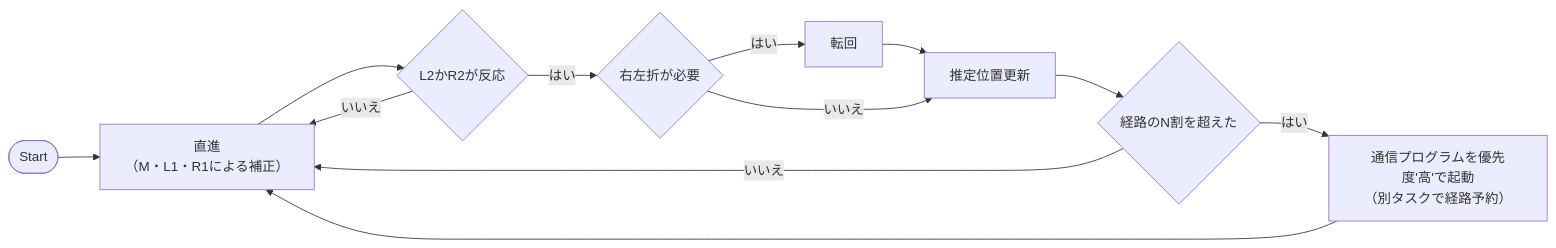
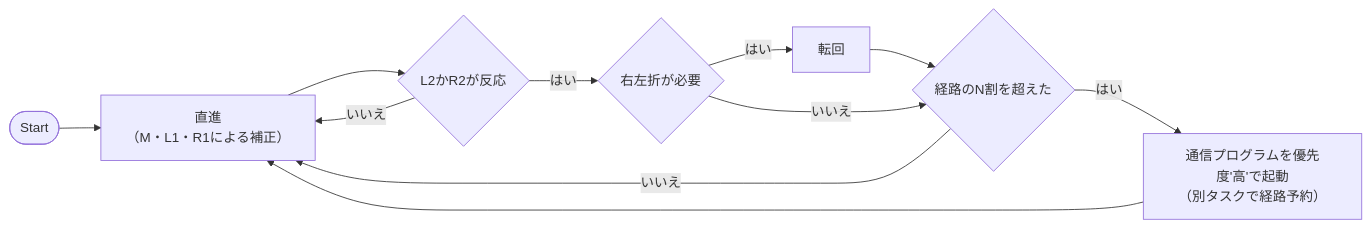
The first of 3 diagrams in docs/document.md (fai227/tron-project), drawn with Mermaid before and after one commit.

Commit message:
フローチャート変更

````diff
--- a/docs/document.md
+++ b/docs/document.md
@@ -17,14 +17,13 @@
 ```mermaid
 flowchart LR
     A([Start]) --> B[直進<br>（M・L1・R1による補正）]
     B --> C{L2かR2が反応}
     C -->|はい| D{右左折が必要}
     C -->|いいえ| B
     D -->|はい| E[転回]
-    E --> F
-    D -->|いいえ| F[推定位置更新]
-    F --> G{経路のN割を超えた}
+    E --> G{経路のN割を超えた}
+    D -->|いいえ| G
     G -->|はい| H[通信プログラムを優先度'高'で起動<br>（別タスクで経路予約）]
     G -->|いいえ| B
     H --> B
 ```
````
